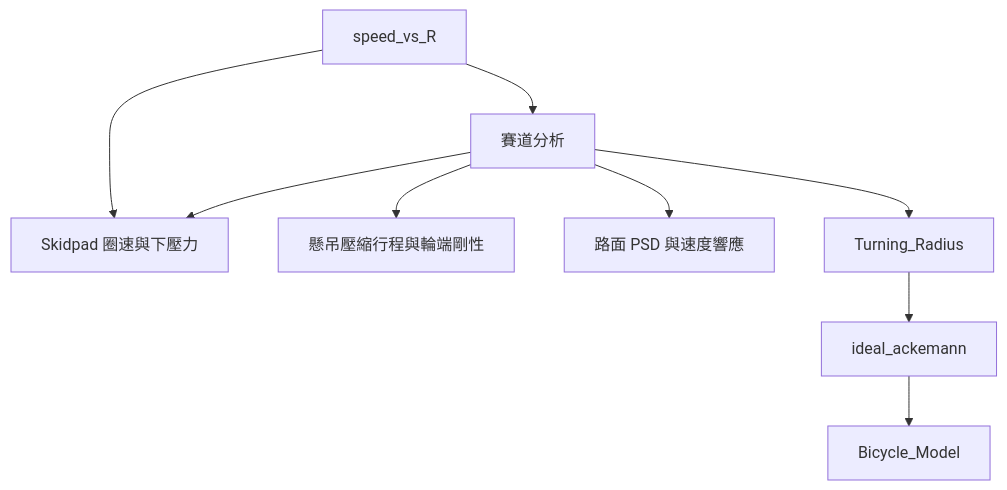
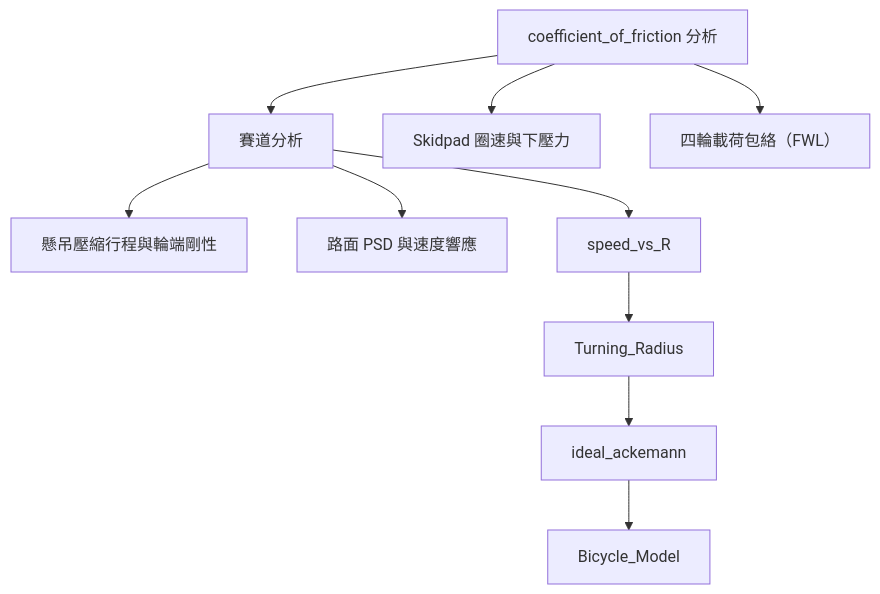
The diagram in analysis/track_analysis/README.md (DannyHsuC10/Parametric-design), drawn with Mermaid before and after one commit. The commit also changed other lines of this file and 83 other files, not shown here.

````diff
--- a/analysis/track_analysis/README.md
+++ b/analysis/track_analysis/README.md
@@ -13,11 +13,12 @@
 ```mermaid
 graph TD
-    speed[speed_vs_R] --> track[賽道分析]
-    speed --> skidpad[Skidpad 圈速與下壓力]
-    track[賽道分析] --> skidpad[Skidpad 圈速與下壓力]
+    friction[coefficient_of_friction 分析] --> track[賽道分析]
+    friction --> skidpad[Skidpad 圈速與下壓力]
+    friction --> fwl[四輪載荷包絡（FWL）]
     track --> travel[懸吊壓縮行程與輪端剛性]
     track --> psd[路面 PSD 與速度響應]
-    track --> turning[Turning_Radius]
+    track --> speed[speed_vs_R]
+    speed --> turning[Turning_Radius]
     turning --> ackermann[ideal_ackemann]
     ackermann --> bicycle[Bicycle_Model]
 ```
````
